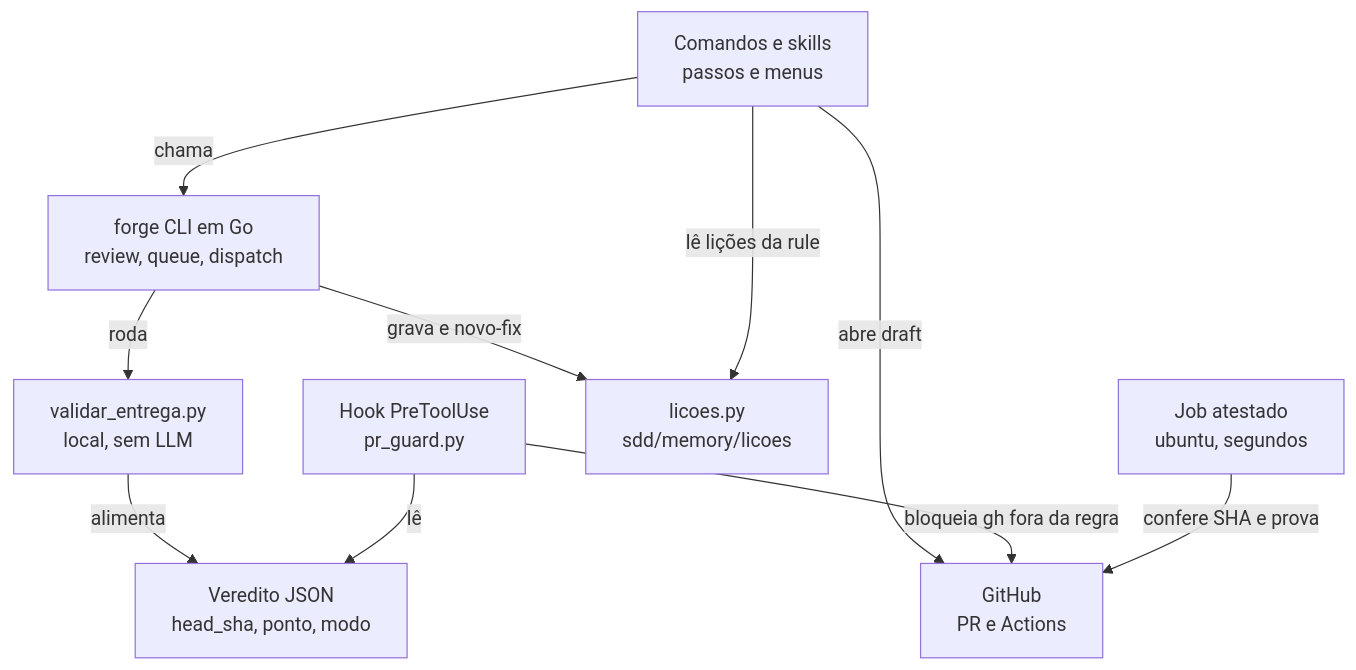
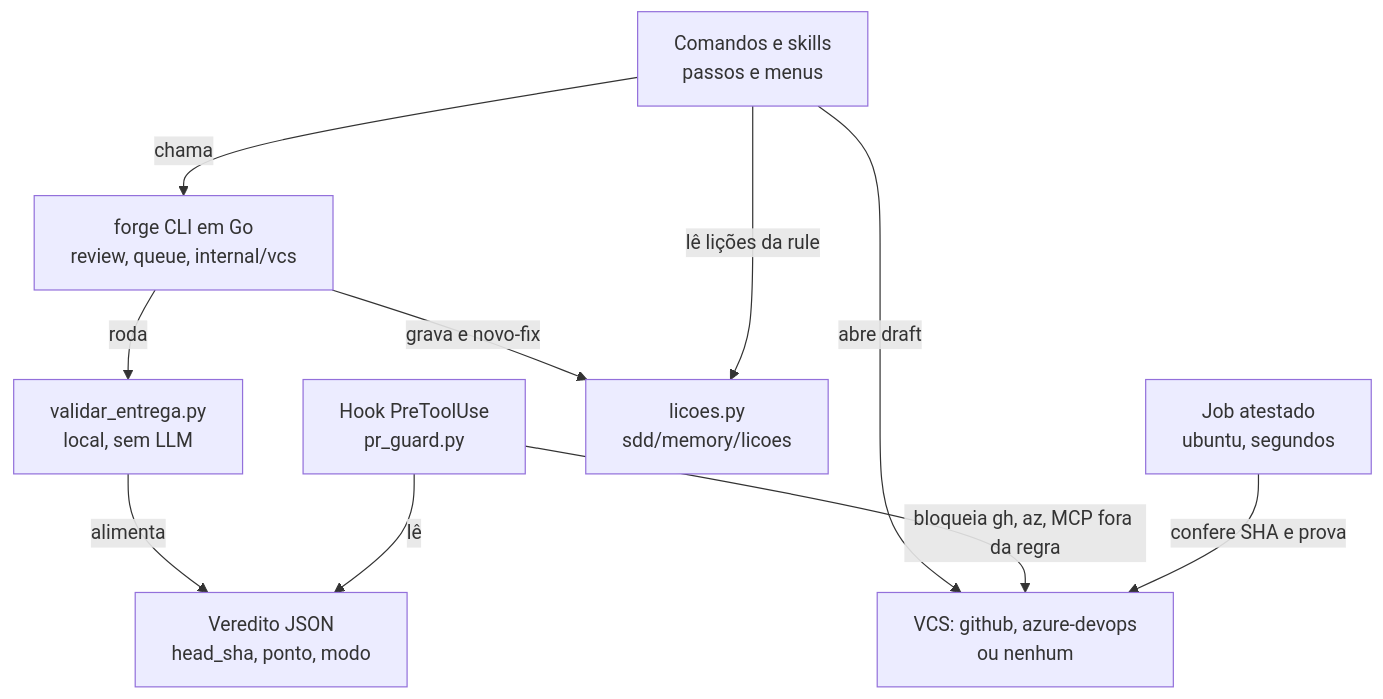
One commit to nathanramorim/forge-sdd changed the second of 3 diagrams in sdd/discovery/106-pr-draft-revisao-e-ci/criteria.md. Above: the diagram before and after it, drawn with Mermaid. The commit also changed other lines of this file and 9 other files, not shown here.

````diff
--- a/sdd/discovery/106-pr-draft-revisao-e-ci/criteria.md
+++ b/sdd/discovery/106-pr-draft-revisao-e-ci/criteria.md
@@ -75,20 +77,20 @@
 ```mermaid
 flowchart TB
   CMD["Comandos e skills<br/>passos e menus"]
   HK["Hook PreToolUse<br/>pr_guard.py"]
-  CLI["forge CLI em Go<br/>review, queue, dispatch"]
+  CLI["forge CLI em Go<br/>review, queue, internal/vcs"]
   VAL["validar_entrega.py<br/>local, sem LLM"]
   VER["Veredito JSON<br/>head_sha, ponto, modo"]
   LIC["licoes.py<br/>sdd/memory/licoes"]
   ACT["Job atestado<br/>ubuntu, segundos"]
-  GH["GitHub<br/>PR e Actions"]
+  GH["VCS: github, azure-devops<br/>ou nenhum"]
   CMD -->|"abre draft"| GH
   CMD -->|"chama"| CLI
   CLI -->|"roda"| VAL
   VAL -->|"alimenta"| VER
   CLI -->|"grava e novo-fix"| LIC
   CMD -->|"lê lições da rule"| LIC
   HK -->|"lê"| VER
-  HK -->|"bloqueia gh fora da regra"| GH
+  HK -->|"bloqueia gh, az, MCP fora da regra"| GH
   ACT -->|"confere SHA e prova"| GH
 ```
````
